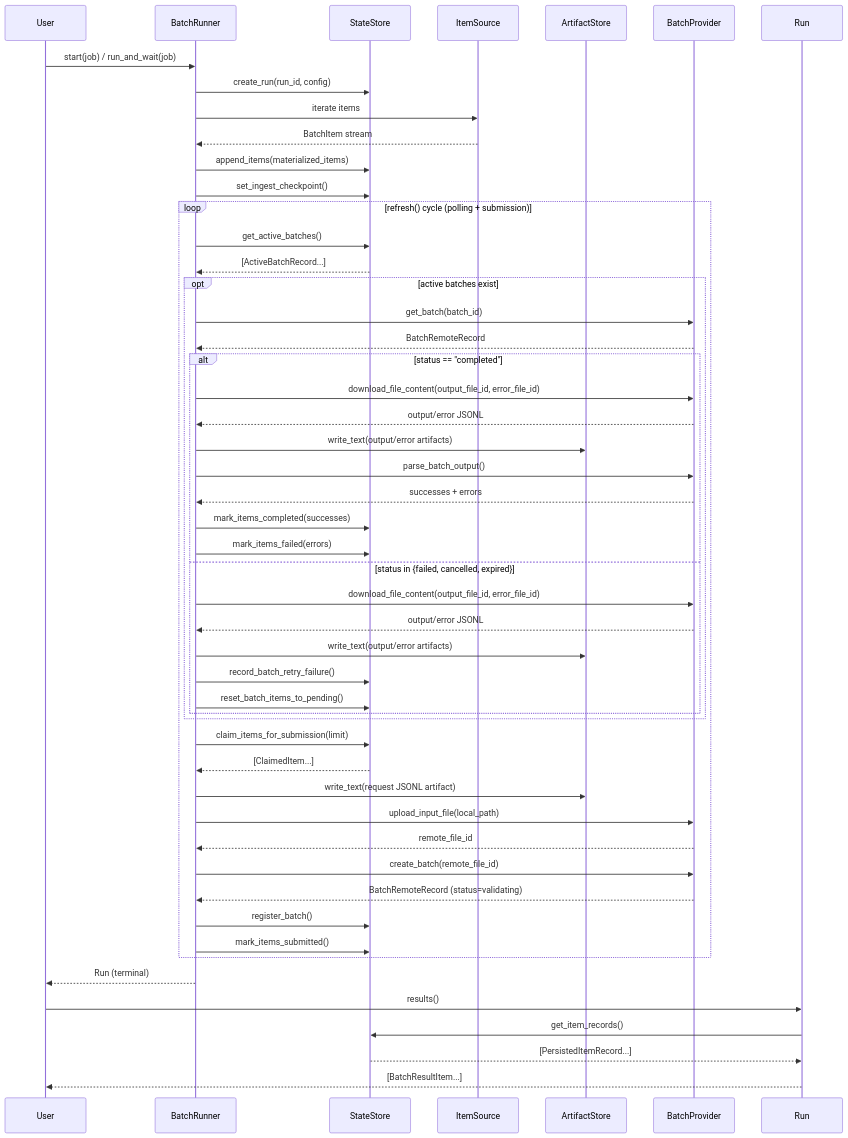
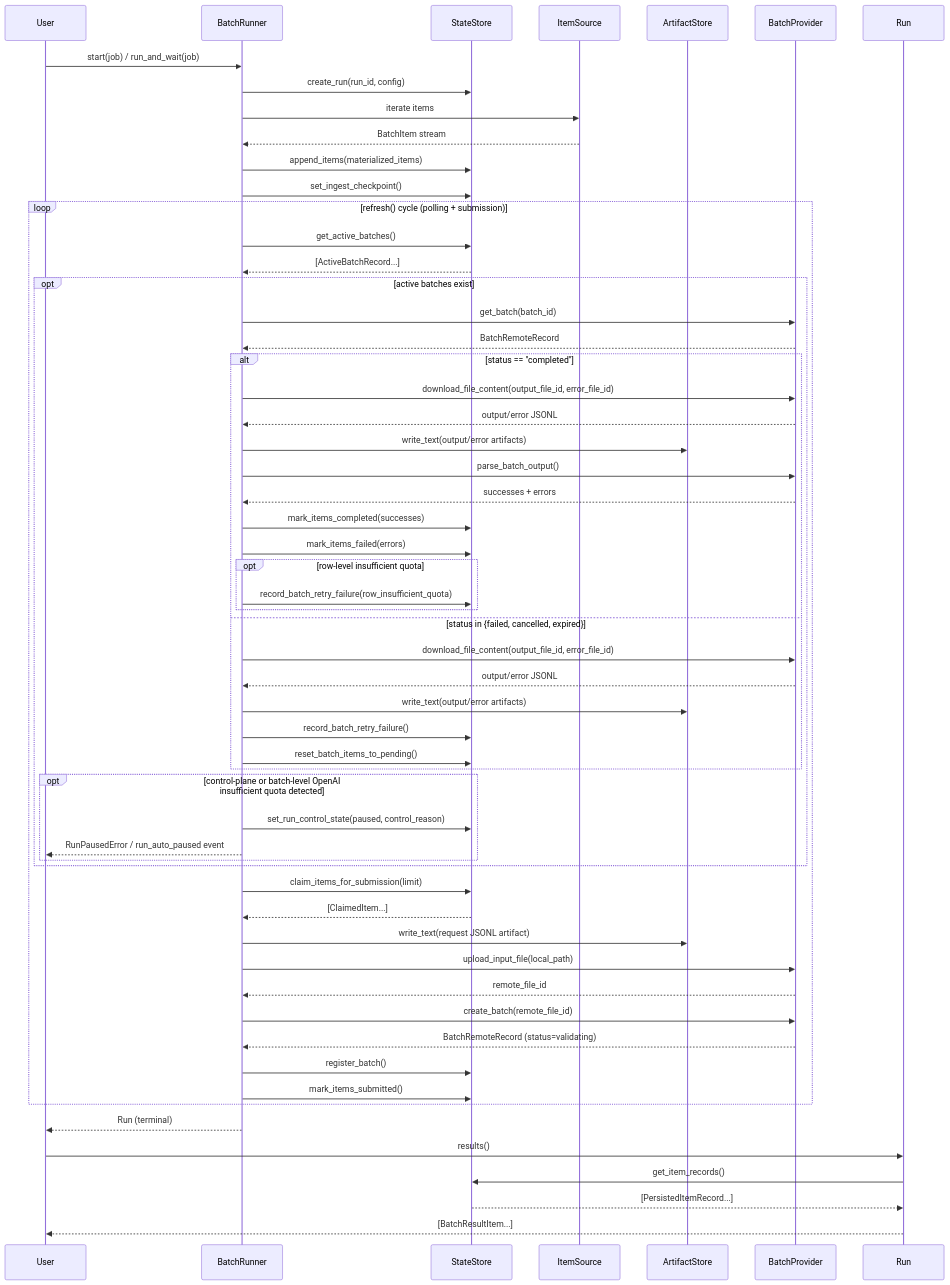
Before and after one commit to AnsonDev42/batchor: the second of 4 diagrams in docs/design_docs/ARCHITECTURE.md, drawn with Mermaid. The commit also changed other lines of this file and 26 other files, not shown here.

````diff
--- a/docs/design_docs/ARCHITECTURE.md
+++ b/docs/design_docs/ARCHITECTURE.md
@@ -146,58 +146,66 @@
 ```mermaid
 sequenceDiagram
     participant User
     participant BatchRunner
     participant StateStore
     participant ItemSource
     participant ArtifactStore
     participant Provider as BatchProvider
 
     User->>BatchRunner: start(job) / run_and_wait(job)
     BatchRunner->>StateStore: create_run(run_id, config)
     BatchRunner->>ItemSource: iterate items
     ItemSource-->>BatchRunner: BatchItem stream
     BatchRunner->>StateStore: append_items(materialized_items)
     BatchRunner->>StateStore: set_ingest_checkpoint()
 
     loop refresh() cycle (polling + submission)
         BatchRunner->>StateStore: get_active_batches()
         StateStore-->>BatchRunner: [ActiveBatchRecord...]
 
         opt active batches exist
             BatchRunner->>Provider: get_batch(batch_id)
             Provider-->>BatchRunner: BatchRemoteRecord
 
             alt status == "completed"
                 BatchRunner->>Provider: download_file_content(output_file_id, error_file_id)
                 Provider-->>BatchRunner: output/error JSONL
                 BatchRunner->>ArtifactStore: write_text(output/error artifacts)
                 BatchRunner->>Provider: parse_batch_output()
                 Provider-->>BatchRunner: successes + errors
                 BatchRunner->>StateStore: mark_items_completed(successes)
                 BatchRunner->>StateStore: mark_items_failed(errors)
+                opt row-level insufficient quota
+                    BatchRunner->>StateStore: record_batch_retry_failure(row_insufficient_quota)
+                end
             else status in {failed, cancelled, expired}
                 BatchRunner->>Provider: download_file_content(output_file_id, error_file_id)
                 Provider-->>BatchRunner: output/error JSONL
                 BatchRunner->>ArtifactStore: write_text(output/error artifacts)
                 BatchRunner->>StateStore: record_batch_retry_failure()
                 BatchRunner->>StateStore: reset_batch_items_to_pending()
+            end
+
+            opt control-plane or batch-level OpenAI insufficient quota detected
+                BatchRunner->>StateStore: set_run_control_state(paused, control_reason)
+                BatchRunner-->>User: RunPausedError / run_auto_paused event
             end
         end
 
         BatchRunner->>StateStore: claim_items_for_submission(limit)
         StateStore-->>BatchRunner: [ClaimedItem...]
         BatchRunner->>ArtifactStore: write_text(request JSONL artifact)
         BatchRunner->>Provider: upload_input_file(local_path)
         Provider-->>BatchRunner: remote_file_id
         BatchRunner->>Provider: create_batch(remote_file_id)
         Provider-->>BatchRunner: BatchRemoteRecord (status=validating)
         BatchRunner->>StateStore: register_batch()
         BatchRunner->>StateStore: mark_items_submitted()
     end
 
     BatchRunner-->>User: Run (terminal)
     User->>Run: results()
     Run->>StateStore: get_item_records()
     StateStore-->>Run: [PersistedItemRecord...]
     Run-->>User: [BatchResultItem...]
 ```
````
